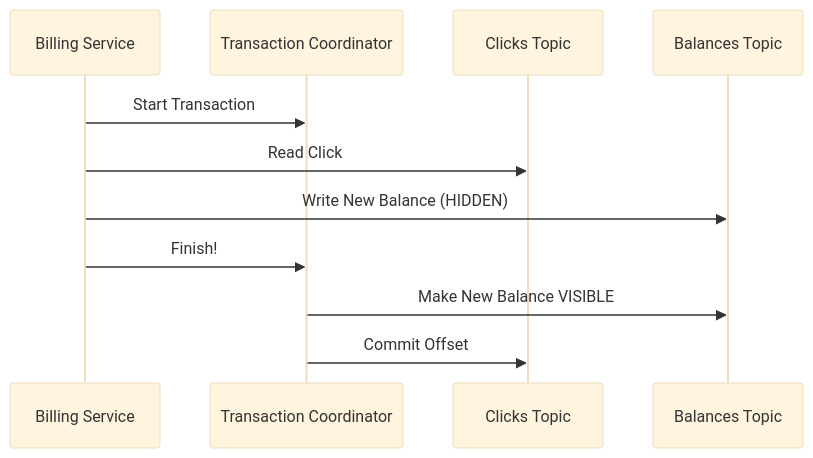
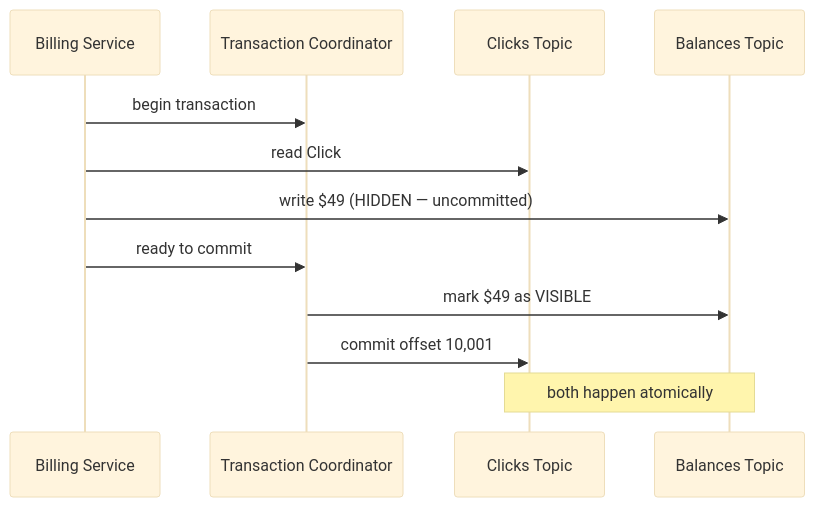
One commit to Dummy-Bug/system-design-handbook changed the diagram in System Design/SDE2/06-Messaging-and-Event-Driven/12-Kafka/04-Advanced/02-Exactly-Once-Processing.md. Above: the diagram before and after it, drawn with Mermaid (base theme). The commit also changed other lines of this file and 12 other files, not shown here.

````diff
--- a/System Design/SDE2/06-Messaging-and-Event-Driven/12-Kafka/04-Advanced/02-Exactly-Once-Processing.md
+++ b/System Design/SDE2/06-Messaging-and-Event-Driven/12-Kafka/04-Advanced/02-Exactly-Once-Processing.md
@@ -64,14 +137,15 @@
 ```mermaid
 sequenceDiagram
-    participant C as Billing Service
+    participant BS as Billing Service
     participant TC as Transaction Coordinator
-    participant T1 as Clicks Topic
-    participant T2 as Balances Topic
+    participant CT as Clicks Topic
+    participant BT as Balances Topic
 
-    C->>TC: Start Transaction
-    C->>T1: Read Click #10,001
-    C->>T2: Write New Balance (HIDDEN)
-    C->>TC: Finish!
-    TC->>T2: Make New Balance VISIBLE
-    TC->>T1: Commit Offset #10,001
+    BS->>TC: begin transaction
+    BS->>CT: read Click #10,001
+    BS->>BT: write $49 (HIDDEN — uncommitted)
+    BS->>TC: ready to commit
+    TC->>BT: mark $49 as VISIBLE
+    TC->>CT: commit offset 10,001
+    Note over BT,CT: both happen atomically
 ```
````
